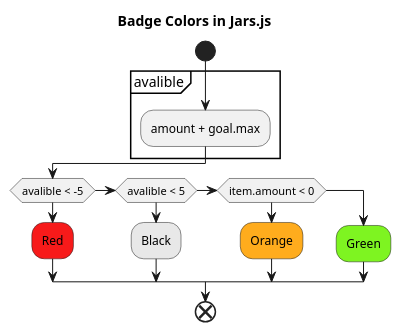
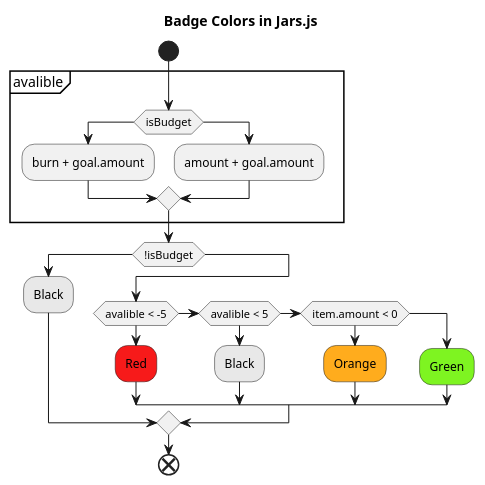
One commit to lil5/jam-budget-mobile changed the diagram in docs/uml/colors-home-badges.puml. Above: the diagram before and after it, drawn with PlantUML. The commit also changed 5 other files, not shown here.

Commit message:
Change goal schema to use types #26

```diff
--- a/docs/uml/colors-home-badges.puml
+++ b/docs/uml/colors-home-badges.puml
@@ -1,20 +1,30 @@
 @startuml
 
 title: Badge Colors in Jars.js
 
 start
 partition avalible {
-  :amount + goal.max;
+  if (isBudget)
+    :burn + goal.amount;
+  else
+    :amount + goal.amount;
+  endif
 }
+
+if (!isBudget)
+#e8e8e8:Black;
+else
 
 if (avalible < -5)
 #f71a1a:Red;
 else if (avalible < 5)
 #e8e8e8:Black;
 else if (item.amount < 0)
 #ffac1d:Orange;
 else
 #7ef421:Green;
 endif
+
+endif
 end
 @enduml
```
